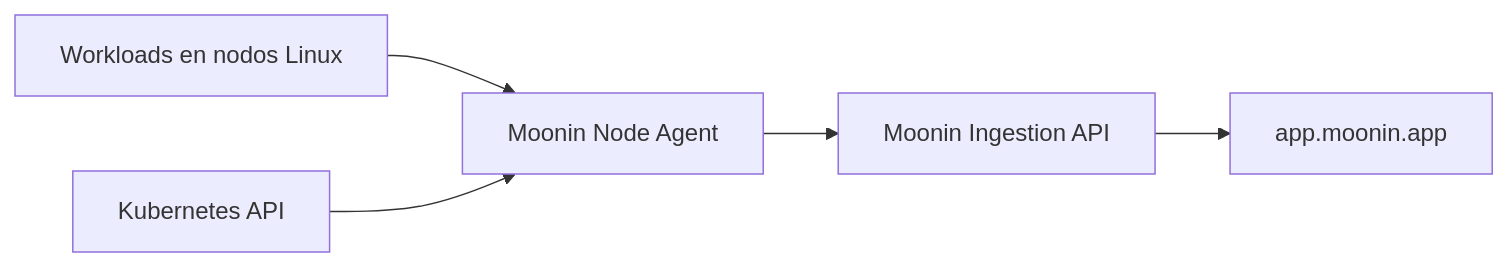
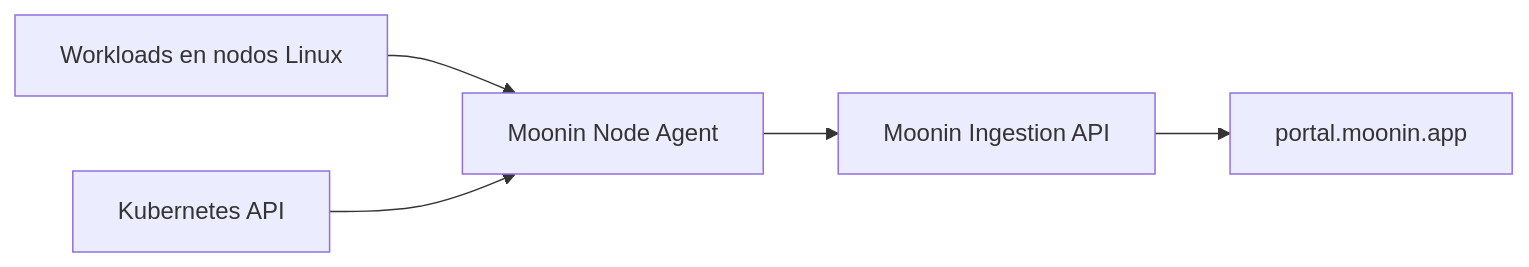
Before and after one commit to Moonin-Lab/Moonin-Docs: the diagram in src/content/docs/es/agent/node-agent.md, drawn with Mermaid. The commit also changed other lines of this file and 27 other files, not shown here.

First line of the commit message:
Corrige el subdominio del portal: app.moonin.app no existe

````diff
--- a/src/content/docs/es/agent/node-agent.md
+++ b/src/content/docs/es/agent/node-agent.md
@@ -28,7 +28,7 @@
 ```mermaid
 flowchart LR
     A[Workloads en nodos Linux] --> B[Moonin Node Agent]
     C[Kubernetes API] --> B
     B --> D[Moonin Ingestion API]
-    D --> E[app.moonin.app]
+    D --> E[portal.moonin.app]
 ```
````
